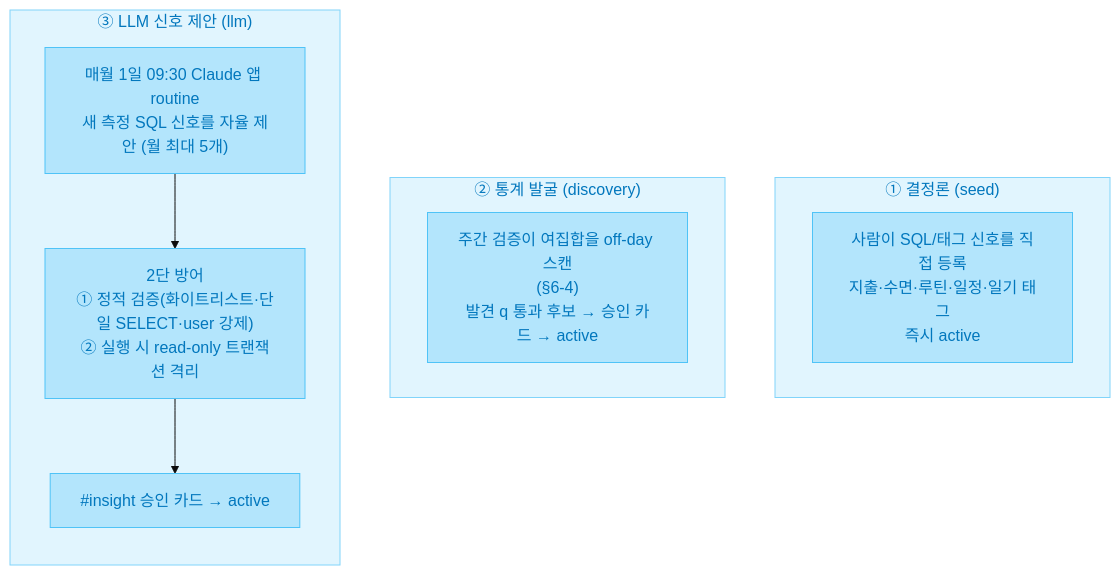
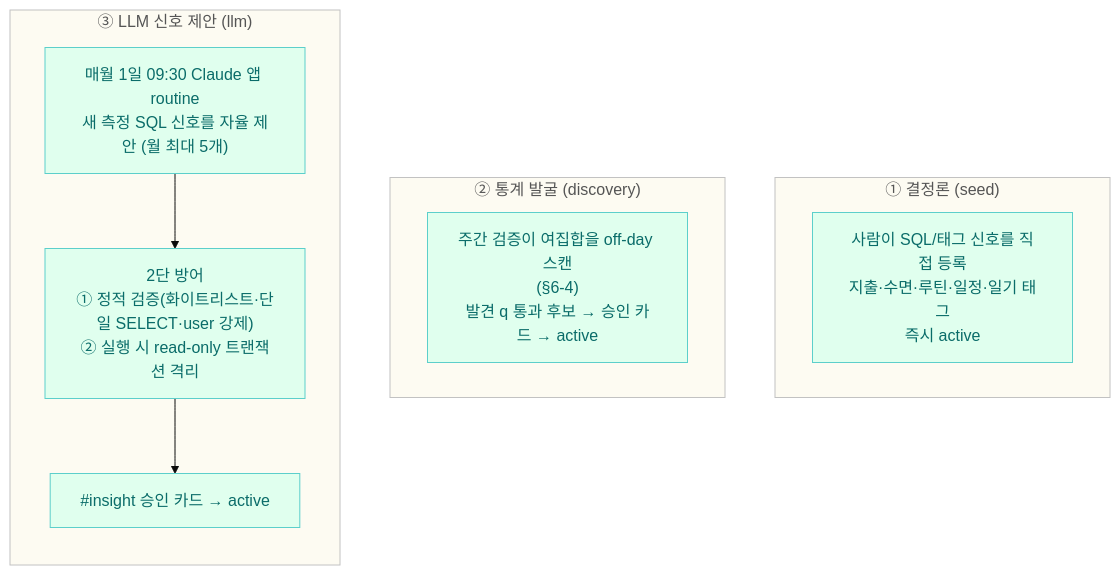
One commit to hyewon3938/slack-ai-agents changed the seventh of 8 diagrams in docs/explainers/insight-v2.md. Above: the diagram before and after it, drawn with Mermaid (base theme). The commit also changed other lines of this file, not shown here.

````diff
--- a/docs/explainers/insight-v2.md
+++ b/docs/explainers/insight-v2.md
@@ -362,23 +363,23 @@
 ```mermaid
 flowchart TB
   subgraph DET["① 결정론 (seed)"]
     DET1["사람이 SQL/태그 신호를 직접 등록<br/>지출·수면·루틴·일정·일기 태그<br/>즉시 active"]
   end
 
   subgraph DISC["② 통계 발굴 (discovery)"]
     DISC1["주간 검증이 여집합을 off-day 스캔<br/>(§6-4)<br/>발견 q 통과 후보 → 승인 카드 → active"]
   end
 
   subgraph LLM["③ LLM 신호 제안 (llm)"]
     direction TB
     L1["매월 1일 09:30 Claude 앱 routine<br/>새 측정 SQL 신호를 자율 제안 (월 최대 5개)"]
     L2["2단 방어<br/>① 정적 검증(화이트리스트·단일 SELECT·user 강제)<br/>② 실행 시 read-only 트랜잭션 격리"]
     L3["#insight 승인 카드 → active"]
     L1 --> L2 --> L3
   end
 
-  classDef metricBox fill:#E1F5FE,stroke:#81D4FA,color:#0277BD
-  classDef metricNode fill:#B3E5FC,stroke:#4FC3F7,color:#0277BD
-  class DET,DISC,LLM metricBox
-  class DET1,DISC1,L1,L2,L3 metricNode
+  classDef groupBox fill:#FDFBF2,stroke:#C2C2C2,color:#555555
+  classDef signalBox fill:#E0FFEE,stroke:#5CCFCB,color:#0A6C69
+  class DET,DISC,LLM groupBox
+  class DET1,DISC1,L1,L2,L3 signalBox
 ```
````
